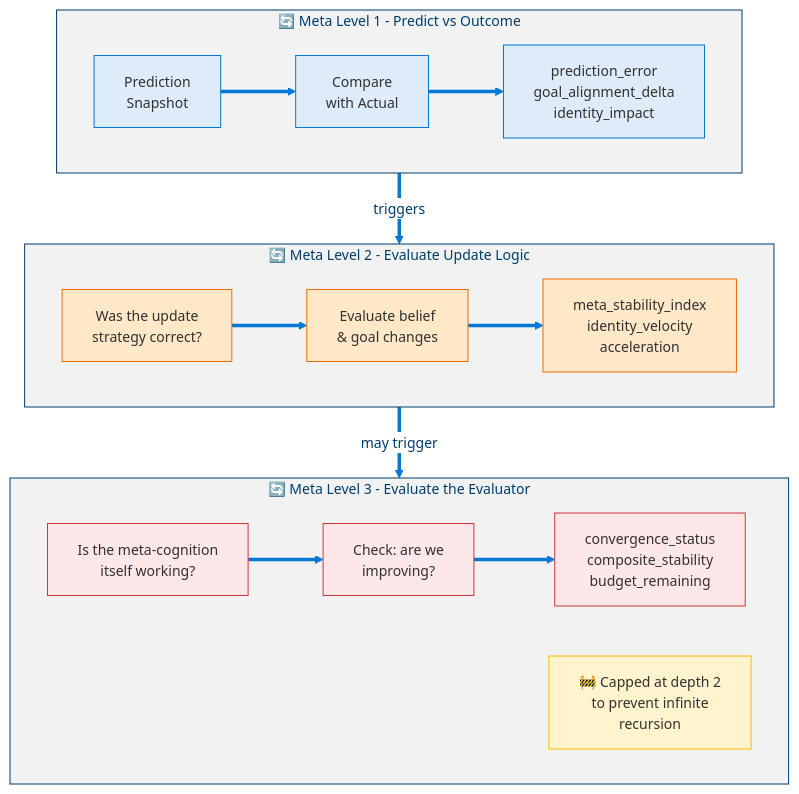
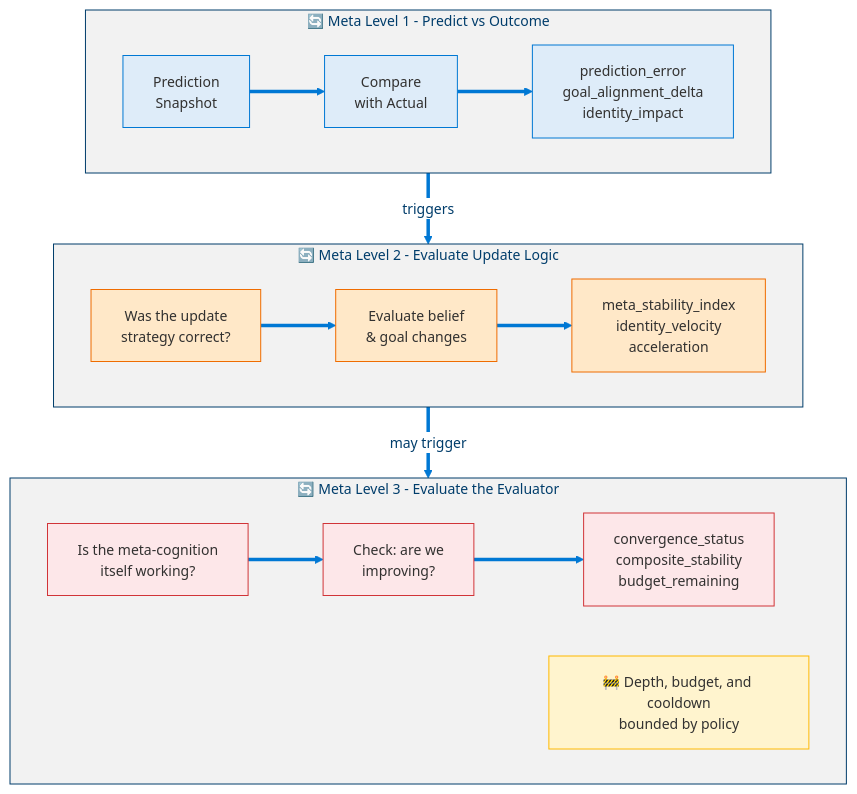
The eighth of 19 diagrams in docs/levels/Level_3_Self_Regulating_Agent.md (dotnetpower/mscp), drawn with Mermaid before and after one commit. The commit also changed other lines of this file and 21 other files, not shown here.

````diff
--- a/docs/levels/Level_3_Self_Regulating_Agent.md
+++ b/docs/levels/Level_3_Self_Regulating_Agent.md
@@ -571,36 +616,36 @@
 ```mermaid
 %%{init: {'theme': 'base', 'themeVariables': {'primaryColor': '#0078D4', 'primaryTextColor': '#003D6B', 'primaryBorderColor': '#003D6B', 'secondaryColor': '#50E6FF', 'secondaryTextColor': '#323130', 'secondaryBorderColor': '#00BCF2', 'tertiaryColor': '#F2F2F2', 'tertiaryTextColor': '#323130', 'lineColor': '#0078D4', 'textColor': '#323130', 'mainBkg': '#DEECF9', 'nodeBorder': '#0078D4', 'clusterBkg': '#F2F2F2', 'clusterBorder': '#003D6B', 'titleColor': '#003D6B', 'edgeLabelBackground': '#FFFFFF', 'fontSize': '14px'}}}%%
 flowchart TD
   classDef level1 fill:#DEECF9,stroke:#0078D4,color:#323130
   classDef level2 fill:#FFE8C8,stroke:#EF6C00,color:#323130
   classDef level3 fill:#FDE7E9,stroke:#D13438,color:#323130
   classDef warning fill:#FFF4CE,stroke:#FFB900,color:#323130
 
   subgraph MetaL1["🔄 Meta Level 1 - Predict vs Outcome"]
     P1["Prediction<br/>Snapshot"]:::level1
     C1["Compare<br/>with Actual"]:::level1
     D1["prediction_error<br/>goal_alignment_delta<br/>identity_impact"]:::level1
     P1 ==> C1
     C1 ==> D1
   end
 
   subgraph MetaL2["🔄 Meta Level 2 - Evaluate Update Logic"]
     P2["Was the update<br/>strategy correct?"]:::level2
     C2["Evaluate belief<br/>& goal changes"]:::level2
     D2["meta_stability_index<br/>identity_velocity<br/>acceleration"]:::level2
     P2 ==> C2
     C2 ==> D2
   end
 
   subgraph MetaL3["🔄 Meta Level 3 - Evaluate the Evaluator"]
     P3["Is the meta-cognition<br/>itself working?"]:::level3
     C3["Check: are we<br/>improving?"]:::level3
     D3["convergence_status<br/>composite_stability<br/>budget_remaining"]:::level3
-    NOTE3["🚧 Capped at depth 2<br/>to prevent infinite<br/>recursion"]:::warning
+    NOTE3["🚧 Depth, budget, and cooldown<br/>bounded by policy"]:::warning
     P3 ==> C3
     C3 ==> D3
   end
 
   MetaL1 ==>|triggers| MetaL2
   MetaL2 ==>|may trigger| MetaL3
 ```
````
